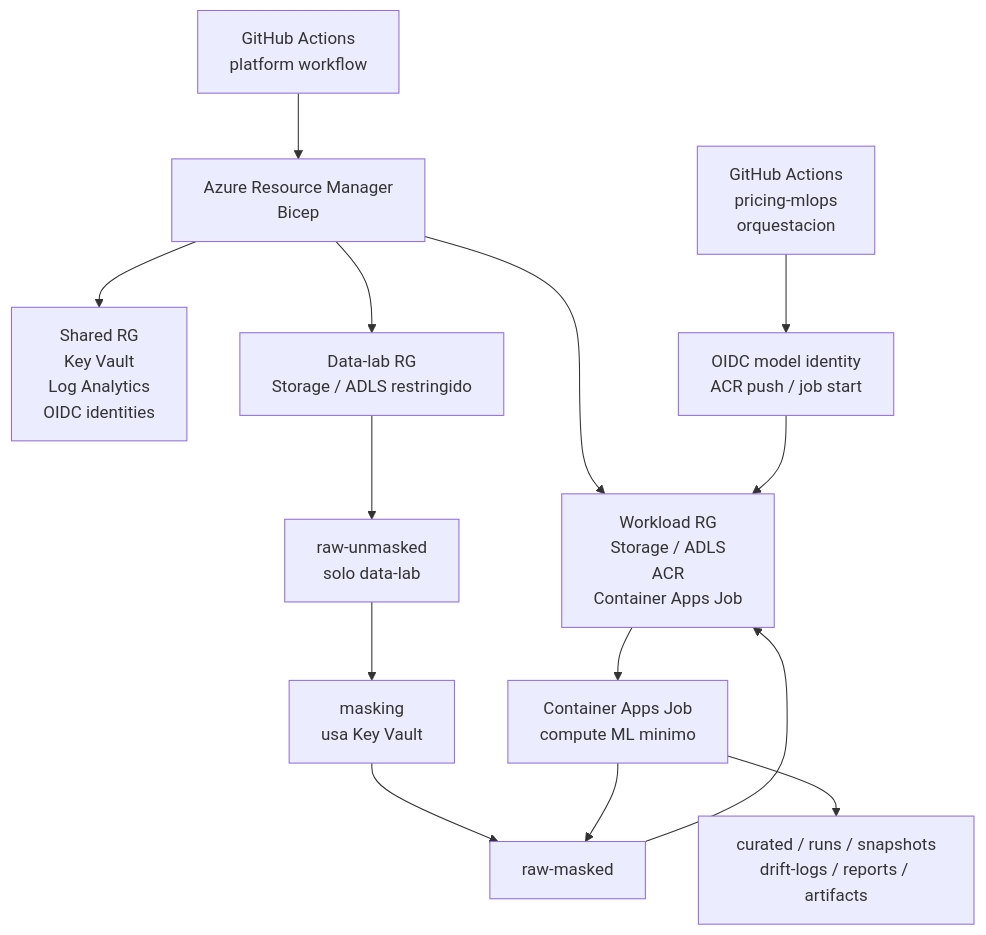
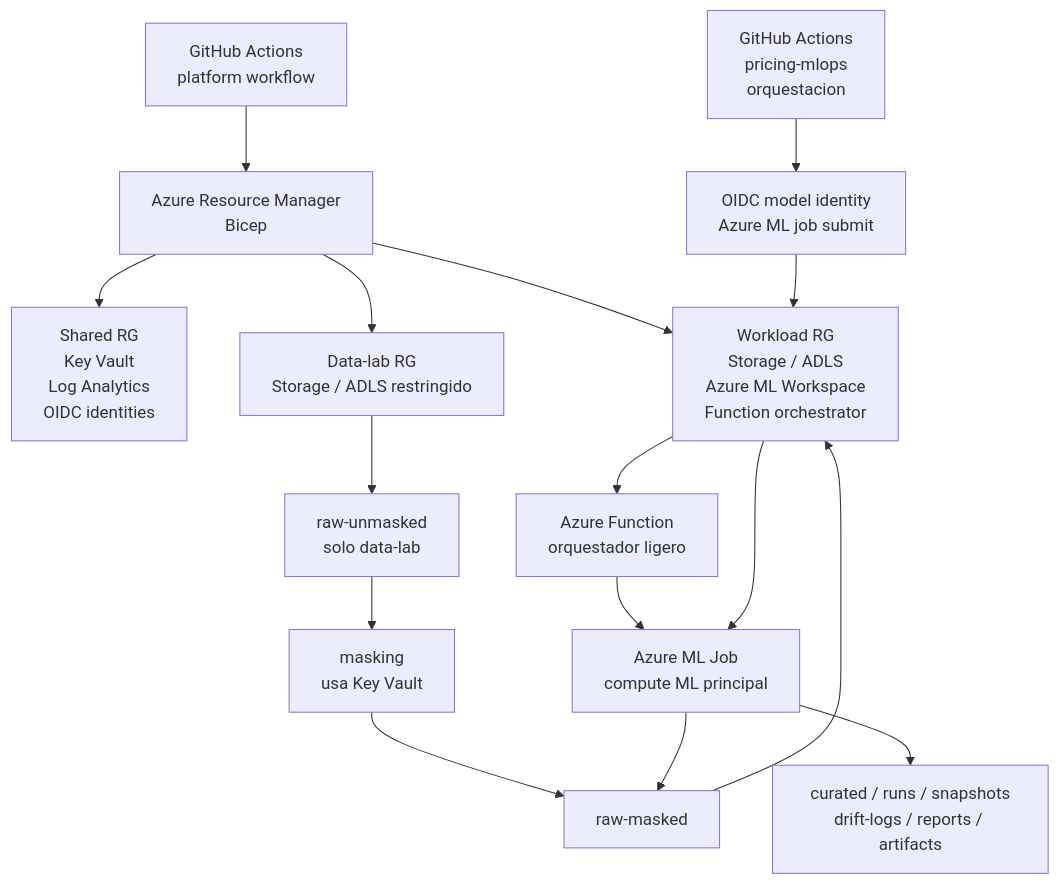
The diagram in README.md (tecmx-team46-pricing/pricing-mlops-platform), drawn with Mermaid before and after one commit. The commit also changed other lines of this file and 14 other files, not shown here.

Commit message:
Use Azure ML as primary model compute

````diff
--- a/README.md
+++ b/README.md
@@ -17,18 +17,20 @@
 ```mermaid
 flowchart TD
   GHAPlatform["GitHub Actions<br/>platform workflow"] --> ARM["Azure Resource Manager<br/>Bicep"]
   ARM --> Shared["Shared RG<br/>Key Vault<br/>Log Analytics<br/>OIDC identities"]
-  ARM --> Workload["Workload RG<br/>Storage / ADLS<br/>ACR<br/>Container Apps Job"]
+  ARM --> Workload["Workload RG<br/>Storage / ADLS<br/>Azure ML Workspace<br/>Function orchestrator"]
   ARM --> DataLab["Data-lab RG<br/>Storage / ADLS restringido"]
 
   DataLab --> RawUnmasked["raw-unmasked<br/>solo data-lab"]
   RawUnmasked --> Masking["masking<br/>usa Key Vault"]
   Masking --> RawMasked["raw-masked"]
   RawMasked --> Workload
 
-  GHAModel["GitHub Actions<br/>pricing-mlops<br/>orquestacion"] --> ModelIdentity["OIDC model identity<br/>ACR push / job start"]
+  GHAModel["GitHub Actions<br/>pricing-mlops<br/>orquestacion"] --> ModelIdentity["OIDC model identity<br/>Azure ML job submit"]
   ModelIdentity --> Workload
-  Workload --> ModelJob["Container Apps Job<br/>compute ML minimo"]
-  ModelJob --> RawMasked
-  ModelJob --> Runs["curated / runs / snapshots<br/>drift-logs / reports / artifacts"]
+  Function["Azure Function<br/>orquestador ligero"] --> AML["Azure ML Job<br/>compute ML principal"]
+  Workload --> Function
+  Workload --> AML
+  AML --> RawMasked
+  AML --> Runs["curated / runs / snapshots<br/>drift-logs / reports / artifacts"]
 ```
````
